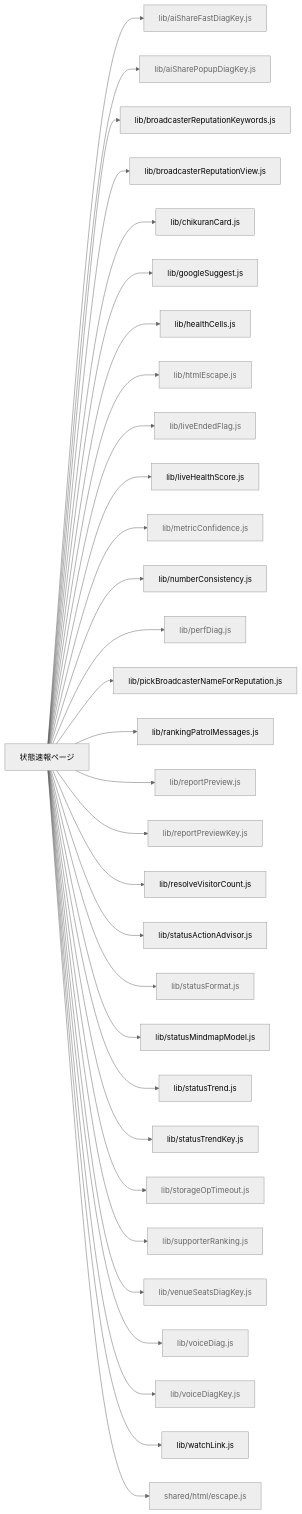
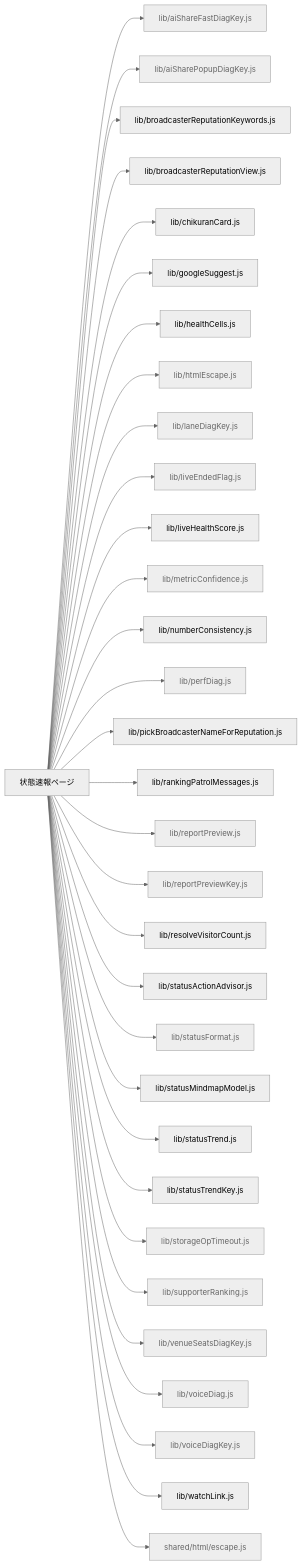
Before and after one commit to kimito-link/tsuioku-no-kirameki.com: the diagram in docs/feature-map/status.md, drawn with Mermaid (neutral theme). The commit also changed other lines of this file and 19 other files, not shown here.

````diff
--- a/docs/feature-map/status.md
+++ b/docs/feature-map/status.md
@@ -13,35 +13,36 @@
 ```mermaid
 graph LR
   n_status["状態速報ページ"]
   n_status --> n_src_lib_aiShareFastDiagKey_js["lib/aiShareFastDiagKey.js"]:::shared
   n_status --> n_src_lib_aiSharePopupDiagKey_js["lib/aiSharePopupDiagKey.js"]:::shared
   n_status --> n_src_lib_broadcasterReputationKeywords_js["lib/broadcasterReputationKeywords.js"]
   n_status --> n_src_lib_broadcasterReputationView_js["lib/broadcasterReputationView.js"]
   n_status --> n_src_lib_chikuranCard_js["lib/chikuranCard.js"]
   n_status --> n_src_lib_googleSuggest_js["lib/googleSuggest.js"]
   n_status --> n_src_lib_healthCells_js["lib/healthCells.js"]
   n_status --> n_src_lib_htmlEscape_js["lib/htmlEscape.js"]:::shared
+  n_status --> n_src_lib_laneDiagKey_js["lib/laneDiagKey.js"]:::shared
   n_status --> n_src_lib_liveEndedFlag_js["lib/liveEndedFlag.js"]:::shared
   n_status --> n_src_lib_liveHealthScore_js["lib/liveHealthScore.js"]
   n_status --> n_src_lib_metricConfidence_js["lib/metricConfidence.js"]:::shared
   n_status --> n_src_lib_numberConsistency_js["lib/numberConsistency.js"]
   n_status --> n_src_lib_perfDiag_js["lib/perfDiag.js"]:::shared
   n_status --> n_src_lib_pickBroadcasterNameForReputation_js["lib/pickBroadcasterNameForReputation.js"]
   n_status --> n_src_lib_rankingPatrolMessages_js["lib/rankingPatrolMessages.js"]
   n_status --> n_src_lib_reportPreview_js["lib/reportPreview.js"]:::shared
   n_status --> n_src_lib_reportPreviewKey_js["lib/reportPreviewKey.js"]:::shared
   n_status --> n_src_lib_resolveVisitorCount_js["lib/resolveVisitorCount.js"]
   n_status --> n_src_lib_statusActionAdvisor_js["lib/statusActionAdvisor.js"]
   n_status --> n_src_lib_statusFormat_js["lib/statusFormat.js"]:::shared
   n_status --> n_src_lib_statusMindmapModel_js["lib/statusMindmapModel.js"]
   n_status --> n_src_lib_statusTrend_js["lib/statusTrend.js"]
   n_status --> n_src_lib_statusTrendKey_js["lib/statusTrendKey.js"]
   n_status --> n_src_lib_storageOpTimeout_js["lib/storageOpTimeout.js"]:::shared
   n_status --> n_src_lib_supporterRanking_js["lib/supporterRanking.js"]:::shared
   n_status --> n_src_lib_venueSeatsDiagKey_js["lib/venueSeatsDiagKey.js"]:::shared
   n_status --> n_src_lib_voiceDiag_js["lib/voiceDiag.js"]:::shared
   n_status --> n_src_lib_voiceDiagKey_js["lib/voiceDiagKey.js"]:::shared
   n_status --> n_src_lib_watchLink_js["lib/watchLink.js"]
   n_status --> n_src_shared_html_escape_js["shared/html/escape.js"]:::shared
   classDef shared fill:#eee,stroke:#999,color:#666;
 ```
````
